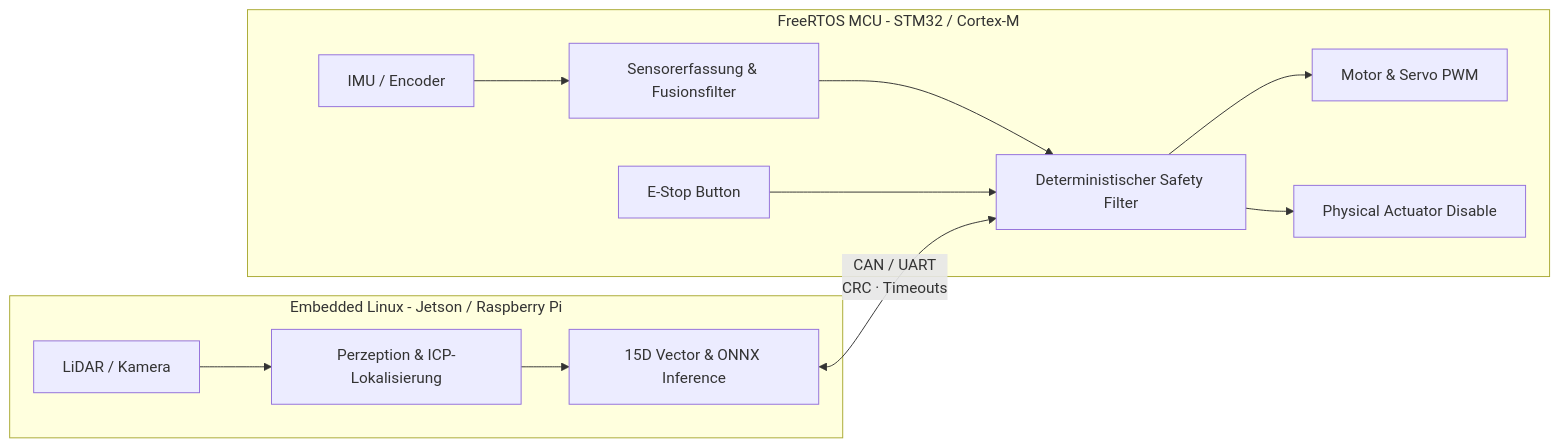
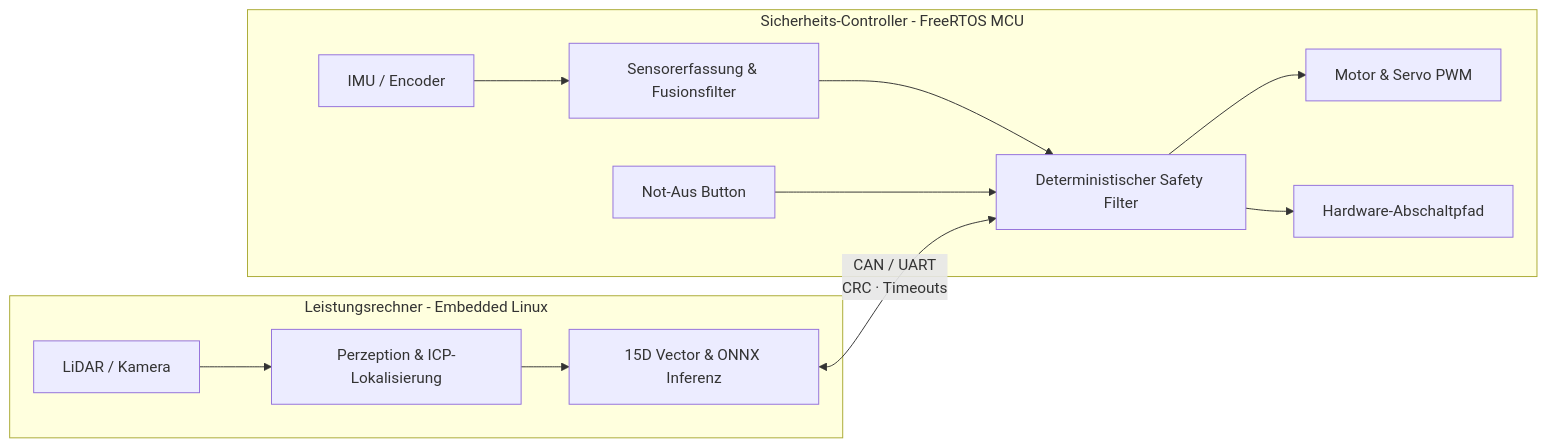
Before and after one commit to Bigfire3/wro-fe-rl-simulation: the first of 3 diagrams in docs/embedded_system/embedded_concept.md, drawn with Mermaid. The commit also changed other lines of this file, not shown here.

Commit message:
docs: add embedded system architecture and conceptual design specification for autonomous racing robot

````diff
--- a/docs/embedded_system/embedded_concept.md
+++ b/docs/embedded_system/embedded_concept.md
@@ -108,16 +95,16 @@
 ```mermaid @mermaid
 flowchart LR
-    subgraph Linux [Embedded Linux - Jetson / Raspberry Pi]
+    subgraph Linux [Leistungsrechner - Embedded Linux]
         S[LiDAR / Kamera] --> P[Perzeption & ICP-Lokalisierung]
-        P --> O[15D Vector & ONNX Inference]
+        P --> O[15D Vector & ONNX Inferenz]
     end
 
-    subgraph MCU [FreeRTOS MCU - STM32 / Cortex-M]
+    subgraph MCU [Sicherheits-Controller - FreeRTOS MCU]
         I[IMU / Encoder] --> M[Sensorerfassung & Fusionsfilter]
         M --> SF[Deterministischer Safety Filter]
         O <-->|CAN / UART\nCRC · Timeouts| SF
         SF --> A[Motor & Servo PWM]
-        E[E-Stop Button] --> SF
-        SF --> Dis[Physical Actuator Disable]
+        E[Not-Aus Button] --> SF
+        SF --> Dis[Hardware-Abschaltpfad]
     end
 ```
````
